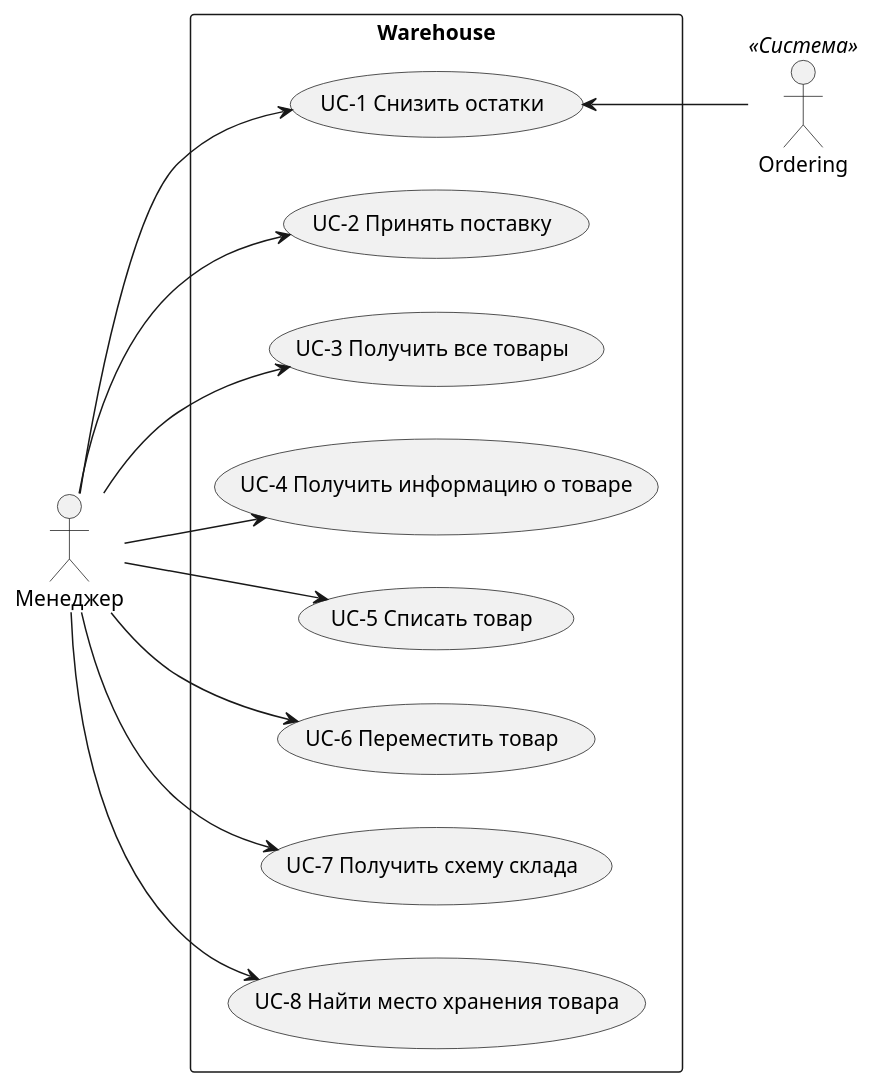
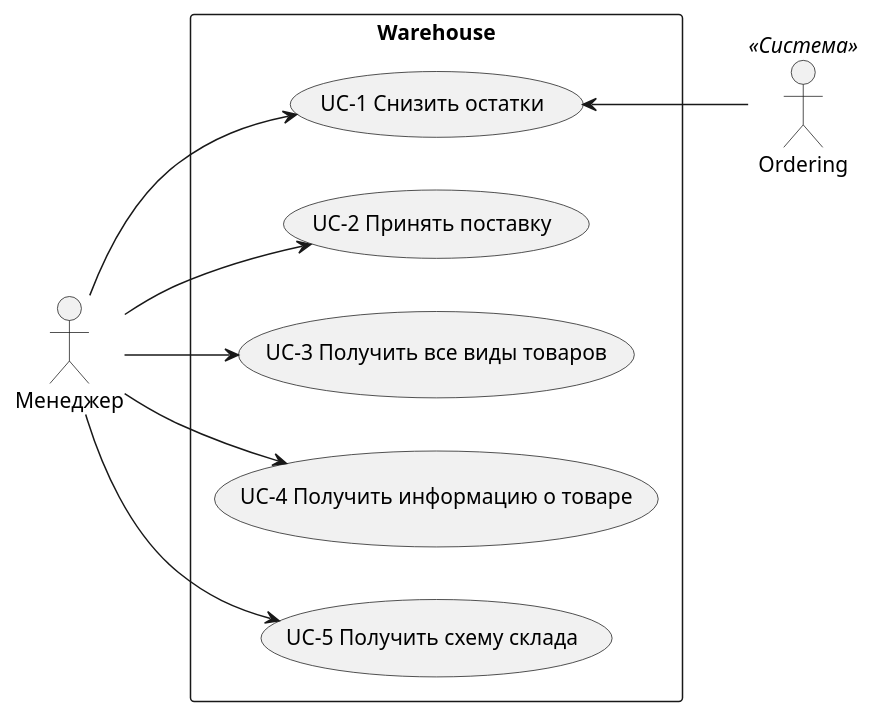
One commit to gerzhan/knigaexpert-system-design changed the fifth of 5 diagrams in services/warehouse/README.md. Above: the diagram before and after it, drawn with PlantUML. The commit also changed other lines of this file and 1 other file, not shown here.

````diff
--- a/services/warehouse/README.md
+++ b/services/warehouse/README.md
@@ -176,39 +176,29 @@
 ```plantuml
 left to right direction
 skinparam packageStyle rectangle
 
 actor Менеджер as manager
 actor Ordering as ordering << Система >>
 
 rectangle Warehouse {
   usecase (UC-1 Снизить остатки) as UC1
   usecase (UC-2 Принять поставку) as UC2
-  usecase (UC-3 Получить все товары) as UC3
+  usecase (UC-3 Получить все виды товаров) as UC3
   usecase (UC-4 Получить информацию о товаре) as UC4
-  usecase (UC-5 Списать товар) as UC5
-  usecase (UC-6 Переместить товар) as UC6
-  usecase (UC-7 Получить схему склада) as UC7
-  usecase (UC-8 Найти место хранения товара) as UC8
+  usecase (UC-5 Получить схему склада) as UC5
   
   url of UC1 is [[use-cases/uc-1.md]]
   url of UC2 is [[use-cases/uc-2.md]]
   url of UC3 is [[use-cases/uc-3.md]]
   url of UC4 is [[use-cases/uc-4.md]]
   url of UC5 is [[use-cases/uc-5.md]]
-  url of UC6 is [[use-cases/uc-6.md]]
-  url of UC7 is [[use-cases/uc-7.md]]
-  url of UC8 is [[use-cases/uc-8.md]]
-  
 }
 
 UC1<-- ordering
 
 manager --> UC1
 manager --> UC2
 manager --> UC3
 manager --> UC4
 manager --> UC5
-manager --> UC6
-manager --> UC7
-manager --> UC8
 ```
````
